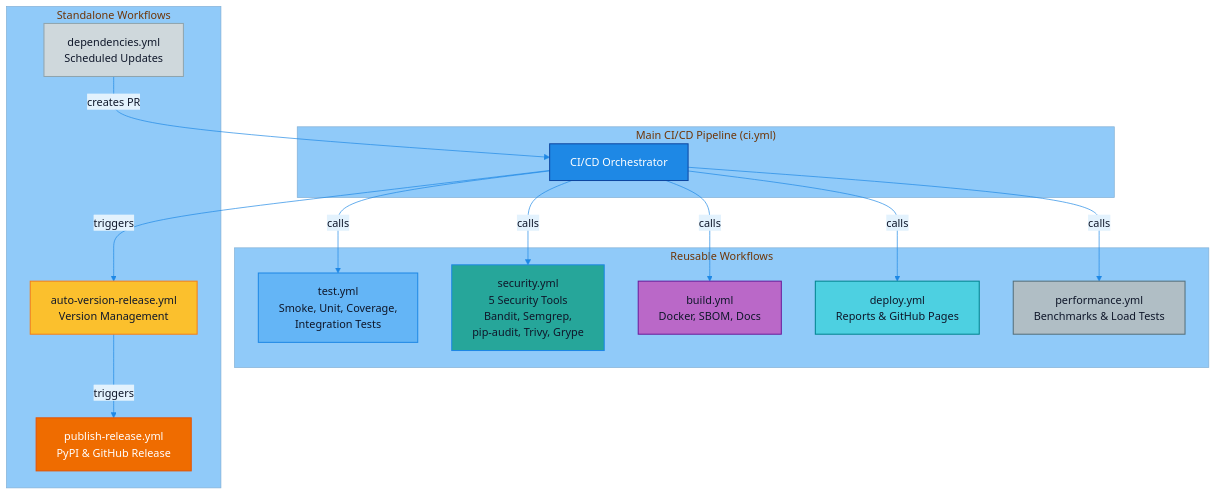
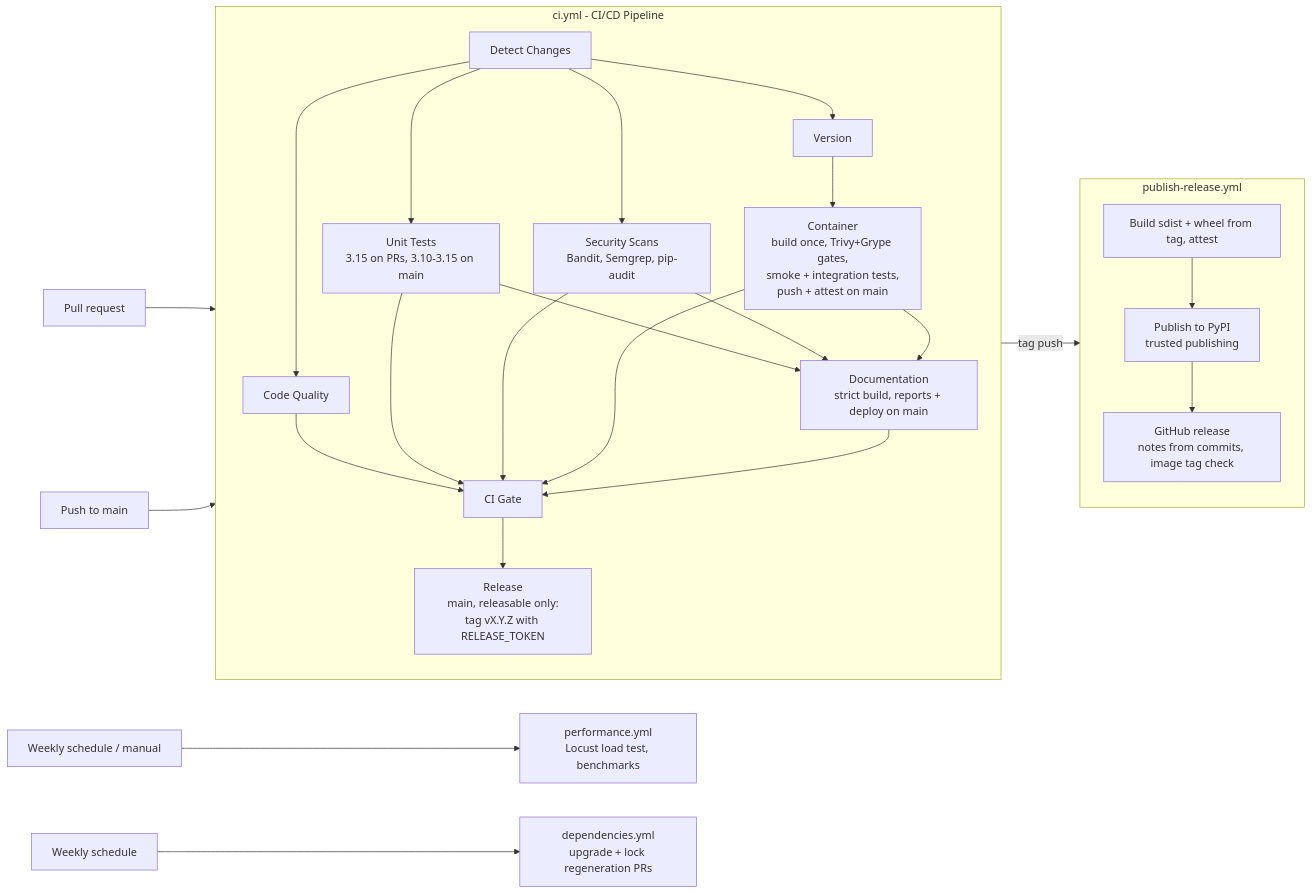
The diagram in docs/WORKFLOW_DIAGRAM.md (jim-wyatt/msn-weather-wrapper), drawn with Mermaid before and after one commit. The commit also changed other lines of this file and 23 other files, not shown here.

First line of the commit message:
feat(ci): one-build pipeline and tag-based releases (#302)

````diff
--- a/docs/WORKFLOW_DIAGRAM.md
+++ b/docs/WORKFLOW_DIAGRAM.md
@@ -82,41 +3,30 @@
 ```mermaid
-%%{init: {'theme': 'base', 'themeVariables': {'primaryColor': '#E3F2FD', 'primaryTextColor': '#0F172A', 'primaryBorderColor': '#1E88E5', 'lineColor': '#1E88E5', 'secondaryColor': '#BBDEFB', 'tertiaryColor': '#90CAF9', 'edgeLabelBackground': '#E3F2FD'}}}%%
-graph TB
-    subgraph "Main CI/CD Pipeline (ci.yml)"
-        CI[CI/CD Orchestrator]
+flowchart LR
+    PR[Pull request] --> CI
+    PUSH[Push to main] --> CI
+    subgraph CI [ci.yml - CI/CD Pipeline]
+        direction TB
+        CH[Detect Changes] --> V[Version]
+        CH --> Q[Code Quality]
+        CH --> U[Unit Tests<br/>3.15 on PRs, 3.10-3.15 on main]
+        CH --> S[Security Scans<br/>Bandit, Semgrep, pip-audit]
+        V --> C[Container<br/>build once, Trivy+Grype gates,<br/>smoke + integration tests,<br/>push + attest on main]
+        U --> D[Documentation<br/>strict build, reports + deploy on main]
+        S --> D
+        C --> D
+        Q --> G[CI Gate]
+        U --> G
+        S --> G
+        C --> G
+        D --> G
+        G --> R[Release<br/>main, releasable only:<br/>tag vX.Y.Z with RELEASE_TOKEN]
     end
-
-    subgraph "Reusable Workflows"
-        TEST[test.yml<br/>Smoke, Unit, Coverage,<br/>Integration Tests]
-        SEC[security.yml<br/>5 Security Tools<br/>Bandit, Semgrep,<br/>pip-audit, Trivy, Grype]
-        BUILD[build.yml<br/>Docker, SBOM, Docs]
-        DEPLOY[deploy.yml<br/>Reports & GitHub Pages]
-        PERF[performance.yml<br/>Benchmarks & Load Tests]
+    R -->|tag push| PUB
+    subgraph PUB [publish-release.yml]
+        direction TB
+        B[Build sdist + wheel from tag, attest] --> P[Publish to PyPI<br/>trusted publishing]
+        P --> GR[GitHub release<br/>notes from commits, image tag check]
     end
-
-    subgraph "Standalone Workflows"
-        DEP[dependencies.yml<br/>Scheduled Updates]
-        AUTO[auto-version-release.yml<br/>Version Management]
-        PUB[publish-release.yml<br/>PyPI & GitHub Release]
-    end
-
-    CI -->|calls| TEST
-    CI -->|calls| SEC
-    CI -->|calls| BUILD
-    CI -->|calls| DEPLOY
-    CI -->|calls| PERF
-    CI -->|triggers| AUTO
-    AUTO -->|triggers| PUB
-    DEP -->|creates PR| CI
-
-    %% Muted palette to match site blues with softer contrast
-    style CI fill:#1E88E5,stroke:#0D47A1,stroke-width:1.5px,color:#fff
-    style TEST fill:#64B5F6,stroke:#1E88E5,stroke-width:1.5px,color:#0F172A
-    style SEC fill:#26A69A,stroke:#1E88E5,stroke-width:1.5px,color:#0F172A
-    style BUILD fill:#BA68C8,stroke:#6A1B9A,stroke-width:1.5px,color:#0F172A
-    style DEPLOY fill:#4DD0E1,stroke:#00838F,stroke-width:1.5px,color:#0F172A
-    style PERF fill:#B0BEC5,stroke:#546E7A,stroke-width:1.5px,color:#0F172A
-    style DEP fill:#CFD8DC,stroke:#90A4AE,stroke-width:1.5px,color:#0F172A
-    style AUTO fill:#FBC02D,stroke:#F57F17,stroke-width:1.5px,color:#0F172A
-    style PUB fill:#EF6C00,stroke:#E65100,stroke-width:1.5px,color:#fff
+    SCHED[Weekly schedule / manual] --> PERF[performance.yml<br/>Locust load test, benchmarks]
+    DEPS[Weekly schedule] --> DEP[dependencies.yml<br/>upgrade + lock regeneration PRs]
 ```
````
